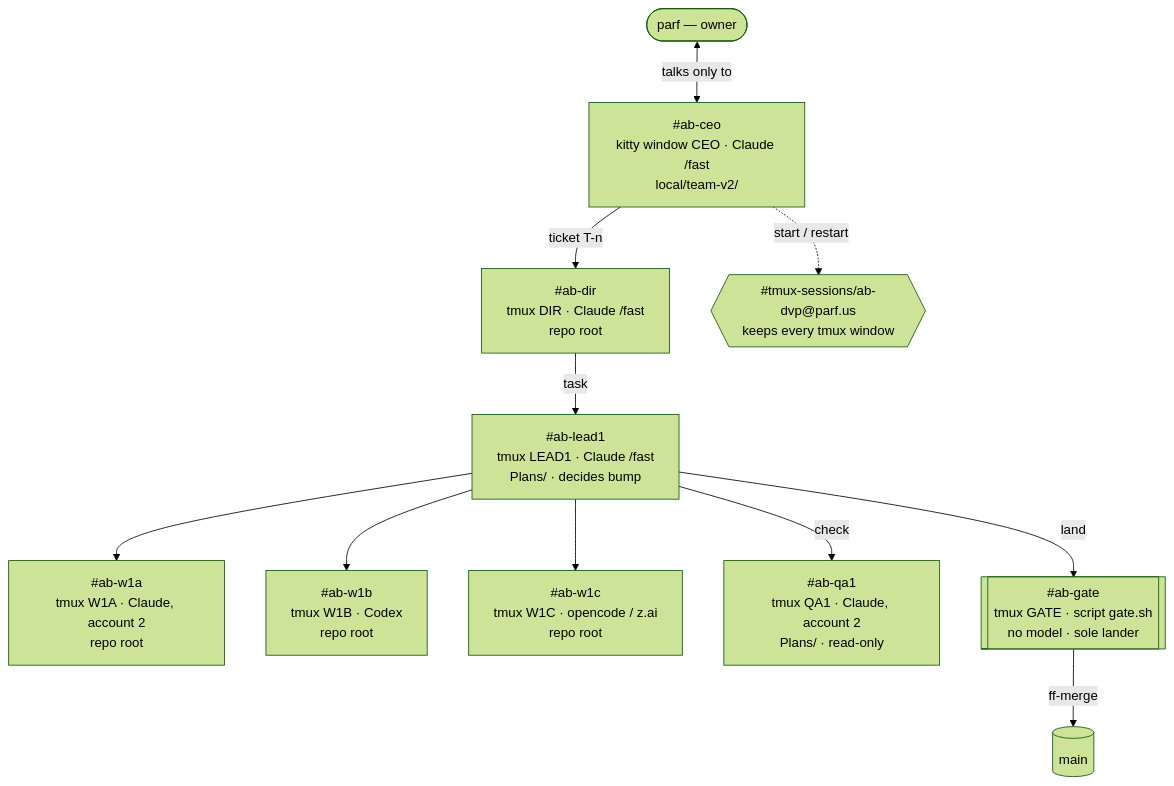
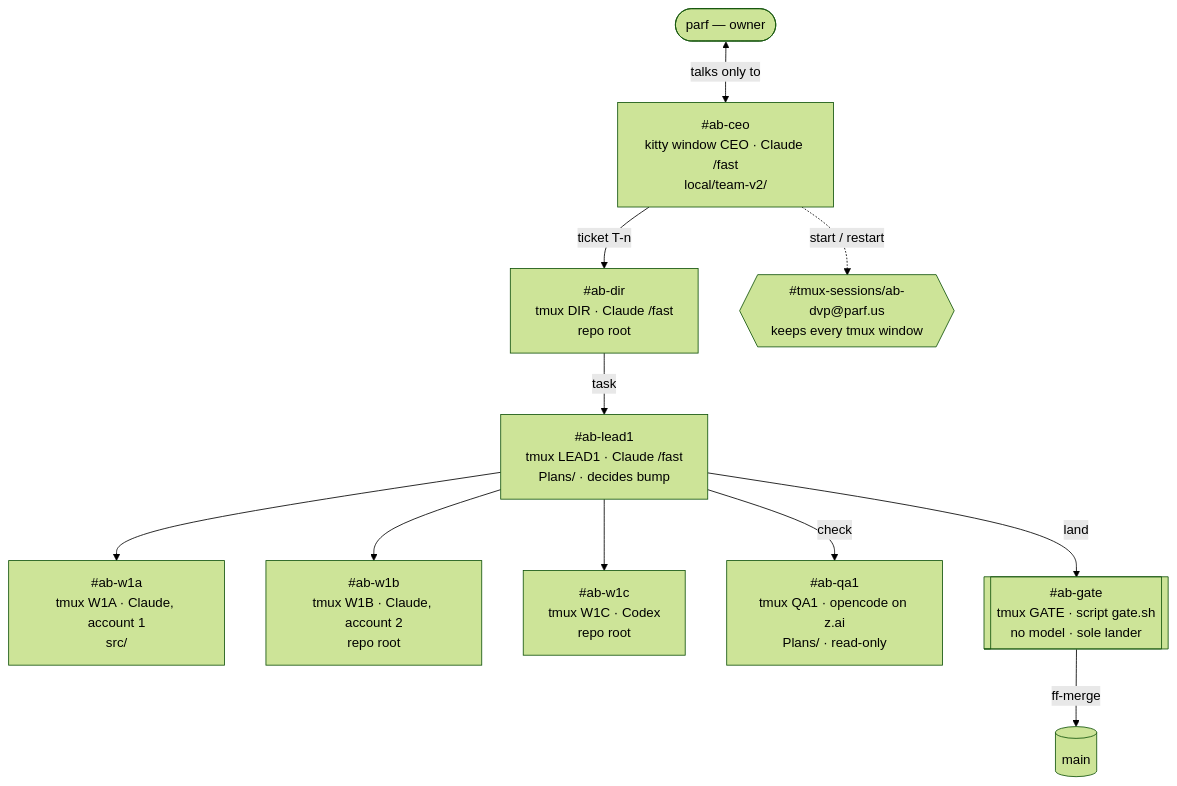
One commit to parf/ai-agent-bus changed the first of 2 diagrams in Plans/Team.v2/README.md. Above: the diagram before and after it, drawn with Mermaid (forest theme). The commit also changed other lines of this file, not shown here.

Commit message:
Team v2 workers are two Claude accounts and Codex, and QA runs on z.ai

````diff
--- a/Plans/Team.v2/README.md
+++ b/Plans/Team.v2/README.md
@@ -26,22 +26,22 @@
 ```mermaid
 flowchart TD
   parf(["parf — owner"]) <-->|talks only to| ceo
   ceo["#ab-ceo<br/>kitty window CEO · Claude /fast<br/>local/team-v2/"]
   dir["#ab-dir<br/>tmux DIR · Claude /fast<br/>repo root"]
   lead["#ab-lead1<br/>tmux LEAD1 · Claude /fast<br/>Plans/ · decides bump"]
-  w1a["#ab-w1a<br/>tmux W1A · Claude, account 2<br/>repo root"]
-  w1b["#ab-w1b<br/>tmux W1B · Codex<br/>repo root"]
-  w1c["#ab-w1c<br/>tmux W1C · opencode / z.ai<br/>repo root"]
-  qa["#ab-qa1<br/>tmux QA1 · Claude, account 2<br/>Plans/ · read-only"]
+  w1a["#ab-w1a<br/>tmux W1A · Claude, account 1<br/>src/"]
+  w1b["#ab-w1b<br/>tmux W1B · Claude, account 2<br/>repo root"]
+  w1c["#ab-w1c<br/>tmux W1C · Codex<br/>repo root"]
+  qa["#ab-qa1<br/>tmux QA1 · opencode on z.ai<br/>Plans/ · read-only"]
   gate[["#ab-gate<br/>tmux GATE · script gate.sh<br/>no model · sole lander"]]
   main[("main")]
   keeper{{"#tmux-sessions/ab-dvp@parf.us<br/>keeps every tmux window"}}
 
   ceo -->|ticket T-n| dir
   dir -->|task| lead
   lead --> w1a & w1b & w1c
   lead -->|check| qa
   lead -->|land| gate
   gate -->|ff-merge| main
   ceo -.->|start / restart| keeper
 ```
````
